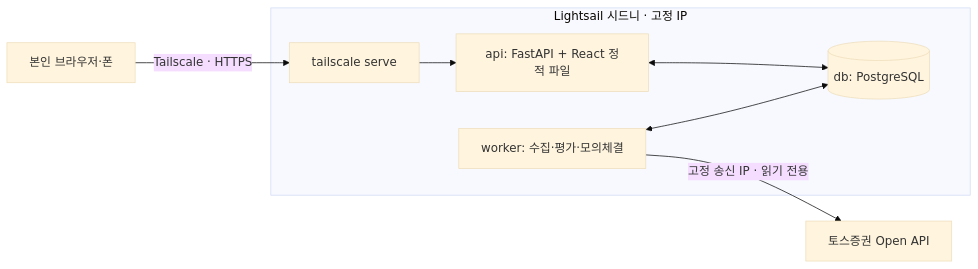
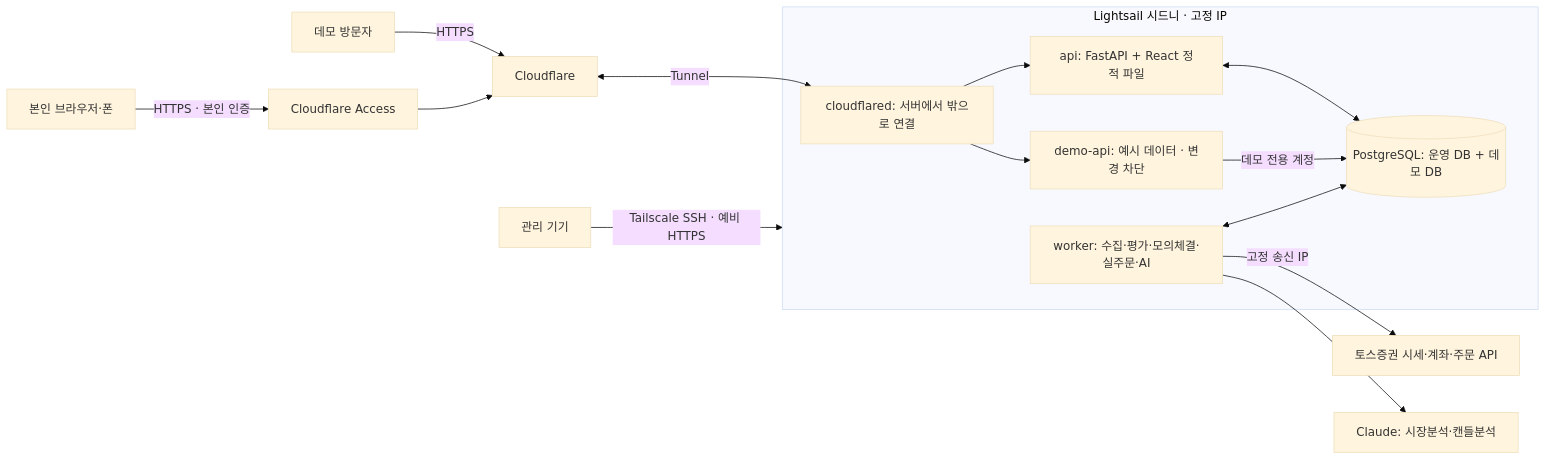
One commit to ottuck/trading-lab changed the diagram in docs/project.md. Above: the diagram before and after it, drawn with Mermaid (base theme). The commit also changed other lines of this file and 19 other files, not shown here.

````diff
--- a/docs/project.md
+++ b/docs/project.md
@@ -59,10 +59,17 @@
 ```mermaid
 flowchart LR
-    ME[본인 브라우저·폰] -->|Tailscale · HTTPS| TS[tailscale serve]
+    ME[본인 브라우저·폰] -->|HTTPS · 본인 인증| ACCESS[Cloudflare Access]
+    PUBLIC[데모 방문자] -->|HTTPS| CF[Cloudflare]
+    ACCESS --> CF
+    ADMIN[관리 기기] -->|Tailscale SSH · 예비 HTTPS| VM
     subgraph VM[Lightsail 시드니 · 고정 IP]
-        TS --> API[api: FastAPI + React 정적 파일]
-        API <--> DB[(db: PostgreSQL)]
-        WORKER[worker: 수집·평가·모의체결] <--> DB
+        TUNNEL[cloudflared: 서버에서 밖으로 연결] --> API[api: FastAPI + React 정적 파일]
+        TUNNEL --> DEMO[demo-api: 예시 데이터 · 변경 차단]
+        API <--> DB[(PostgreSQL: 운영 DB + 데모 DB)]
+        DEMO -->|데모 전용 계정| DB
+        WORKER[worker: 수집·평가·모의체결·실주문·AI] <--> DB
     end
-    WORKER -->|고정 송신 IP · 읽기 전용| TOSS[토스증권 Open API]
+    CF <-->|Tunnel| TUNNEL
+    WORKER -->|고정 송신 IP| TOSS[토스증권 시세·계좌·주문 API]
+    WORKER --> AI[Claude: 시장분석·캔들분석]
 ```
````
